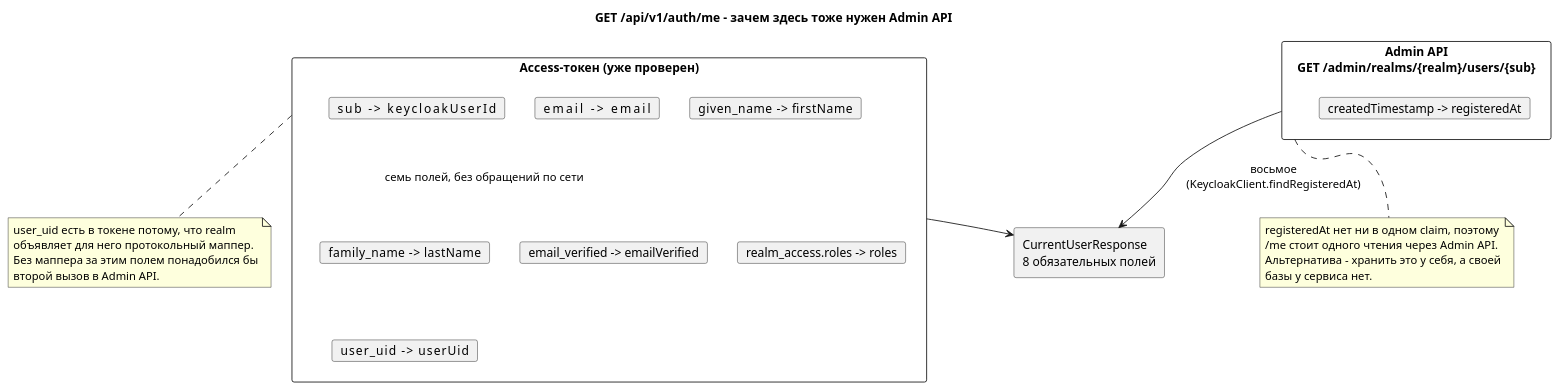
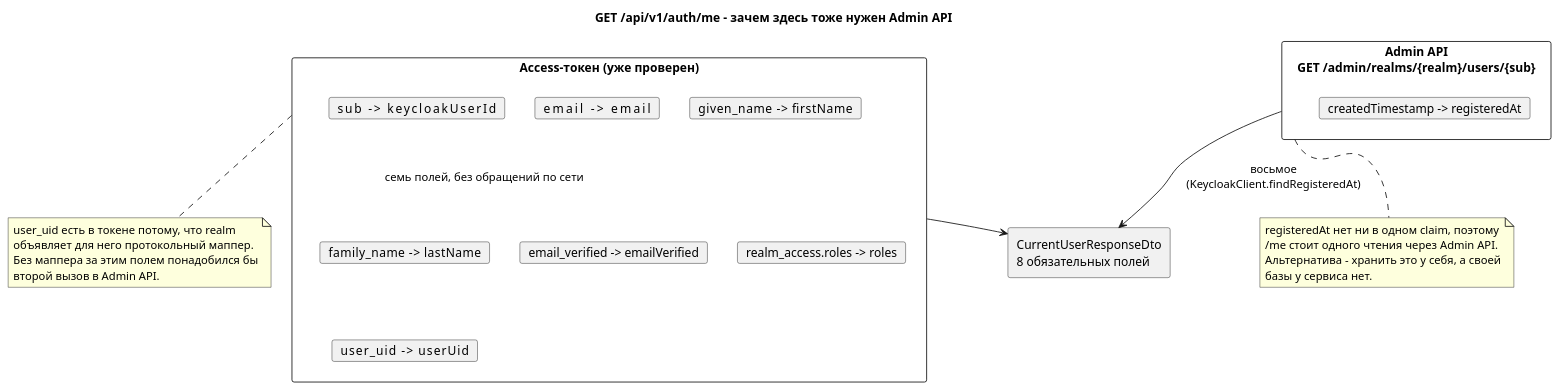
The third of 4 diagrams in docs/puml-ru/keycloak-client.puml (dezxxx/payment-platform), drawn with PlantUML before and after one commit. The commit also changed other lines of this file and 20 other files, not shown here.

```diff
--- a/docs/puml-ru/keycloak-client.puml
+++ b/docs/puml-ru/keycloak-client.puml
@@ -179,39 +180,39 @@
 @startuml keycloak-me
 title GET /api/v1/auth/me - зачем здесь тоже нужен Admin API
 
 skinparam shadowing false
 
 rectangle "Access-токен (уже проверен)" as Tok {
   card "sub            -> keycloakUserId" as c1
   card "email          -> email" as c2
   card "given_name     -> firstName" as c3
   card "family_name    -> lastName" as c4
   card "email_verified -> emailVerified" as c5
   card "realm_access.roles -> roles" as c6
   card "user_uid       -> userUid" as c7
 }
 
 rectangle "Admin API\nGET /admin/realms/{realm}/users/{sub}" as Adm {
   card "createdTimestamp -> registeredAt" as c8
 }
 
-rectangle "CurrentUserResponse\n8 обязательных полей" as Out
+rectangle "CurrentUserResponseDto\n8 обязательных полей" as Out
 
 Tok --> Out : семь полей, без обращений по сети
 Adm --> Out : восьмое\n(KeycloakClient.findRegisteredAt)
 
 note bottom of Tok
   user_uid есть в токене потому, что realm
   объявляет для него протокольный маппер.
   Без маппера за этим полем понадобился бы
   второй вызов в Admin API.
 end note
 
 note bottom of Adm
   registeredAt нет ни в одном claim, поэтому
   /me стоит одного чтения через Admin API.
   Альтернатива - хранить это у себя, а своей
   базы у сервиса нет.
 end note
 
 @enduml
```
